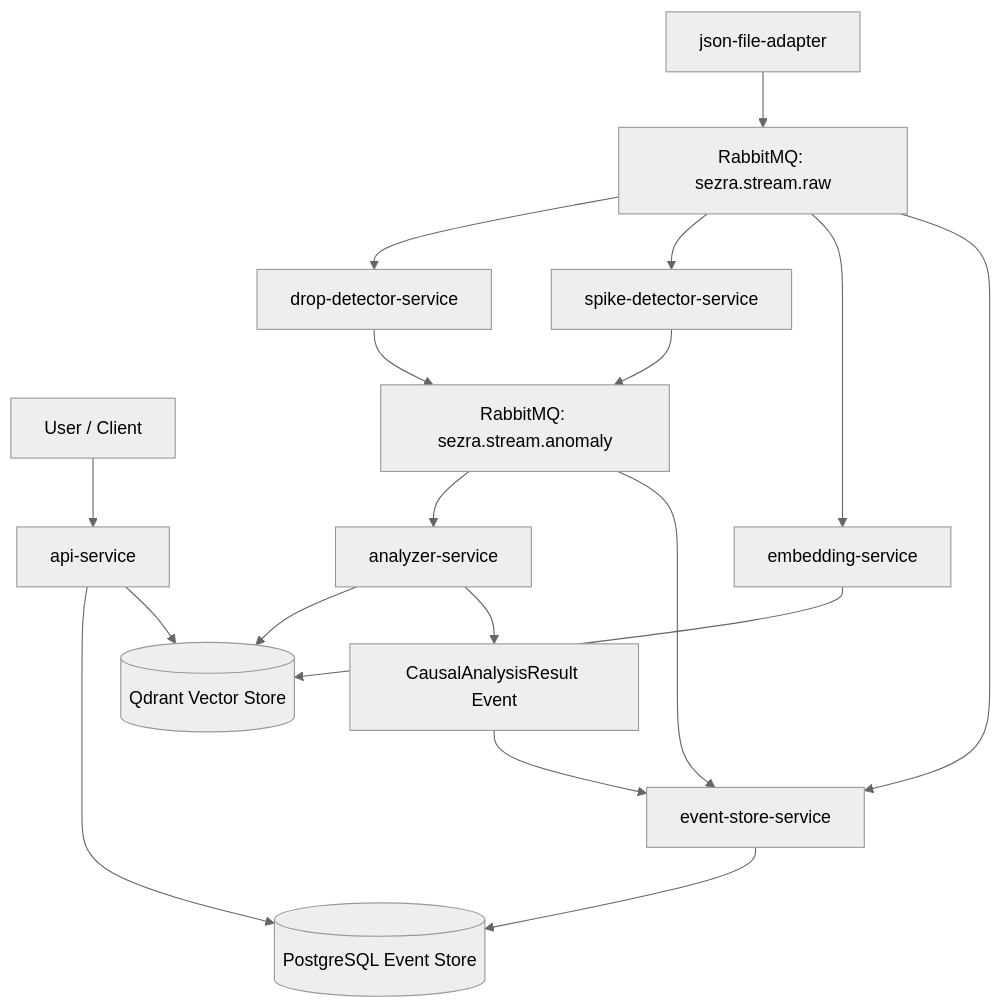
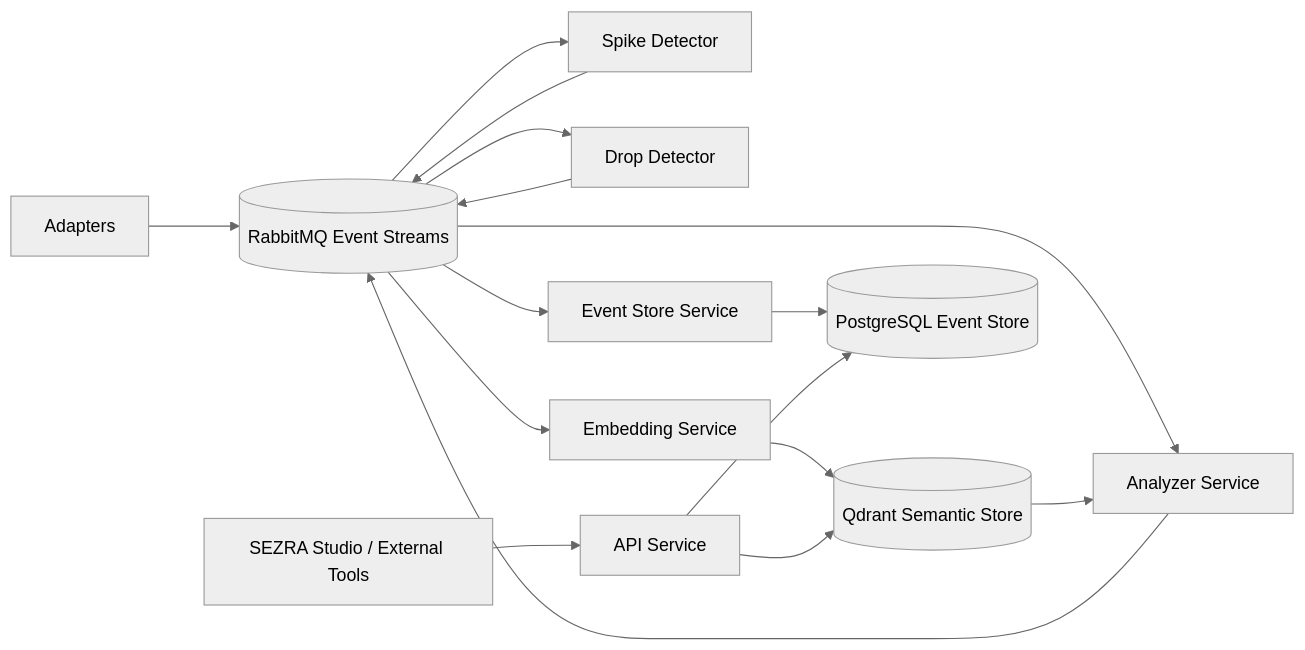
Before and after one commit to orhangezginci/sezra: the diagram in README.md, drawn with Mermaid (neutral theme). The commit also changed other lines of this file, not shown here.

````diff
--- a/README.md
+++ b/README.md
@@ -19,51 +100,26 @@
 ```mermaid
-flowchart TD
+flowchart LR
+    A[Adapters] --> R[(RabbitMQ Event Streams)]
 
-    USER[User / Client]
+    R --> D1[Spike Detector]
+    R --> D2[Drop Detector]
+    R --> E[Embedding Service]
 
-    A[json-file-adapter]
-    RAW[RabbitMQ: sezra.stream.raw]
+    D1 --> R
+    D2 --> R
 
-    DROP[drop-detector-service]
-    SPIKE[spike-detector-service]
+    E --> Q[(Qdrant Semantic Store)]
 
-    ANOMALY[RabbitMQ: sezra.stream.anomaly]
+    R --> AN[Analyzer Service]
+    Q --> AN
 
-    ANALYZER[analyzer-service]
-    EMBED[embedding-service]
-    STORE[event-store-service]
+    AN --> R
 
-    API[api-service]
+    R --> ES[Event Store Service]
+    ES --> PG[(PostgreSQL Event Store)]
 
-    QDRANT[(Qdrant Vector Store)]
-    POSTGRES[(PostgreSQL Event Store)]
+    API[API Service] --> PG
+    API --> Q
 
-    RESULT[CausalAnalysisResult Event]
-
-    USER --> API
-
-    API --> POSTGRES
-    API --> QDRANT
-
-    A --> RAW
-
-    RAW --> DROP
-    RAW --> SPIKE
-    RAW --> EMBED
-    RAW --> STORE
-
-    DROP --> ANOMALY
-    SPIKE --> ANOMALY
-
-    ANOMALY --> ANALYZER
-    ANOMALY --> STORE
-
-    ANALYZER --> QDRANT
-    ANALYZER --> RESULT
-
-    RESULT --> STORE
-
-    EMBED --> QDRANT
-
-    STORE --> POSTGRES
+    Studio[SEZRA Studio / External Tools] --> API
 ```
````
